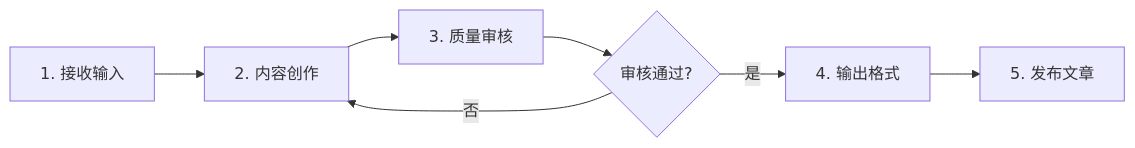
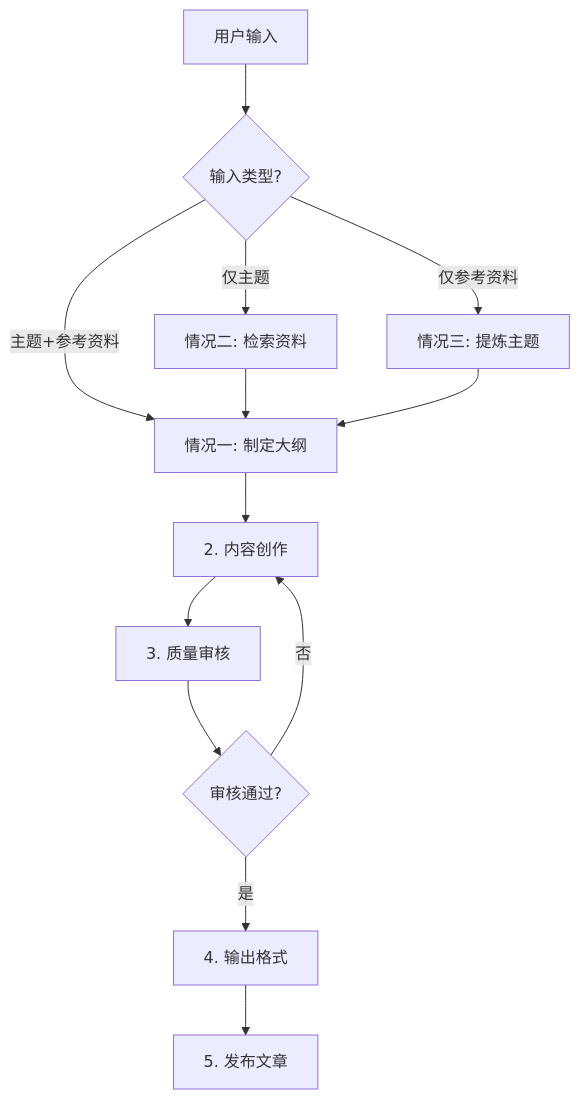
Before and after one commit to CaiJichang212/wechat-blog-write-publish: the diagram in SKILL.md, drawn with Mermaid. The commit also changed other lines of this file, not shown here.

````diff
--- a/SKILL.md
+++ b/SKILL.md
@@ -12,9 +12,18 @@
 ```mermaid
-graph LR
-    A[1. 接收输入] --> B[2. 内容创作]
-    B --> C[3. 质量审核]
-    C --> D{审核通过?}
-    D -->|否| B
-    D -->|是| E[4. 输出格式]
-    E --> F[5. 发布文章]
+graph TB
+    Start[用户输入] --> InputType{输入类型?}
+    
+    InputType -->|主题+参考资料| Case1[情况一: 制定大纲]
+    InputType -->|仅主题| Case2[情况二: 检索资料]
+    InputType -->|仅参考资料| Case3[情况三: 提炼主题]
+    
+    Case2 --> Case1
+    Case3 --> Case1
+    
+    Case1 --> Create[2. 内容创作]
+    Create --> Review[3. 质量审核]
+    Review --> Pass{审核通过?}
+    Pass -->|否| Create
+    Pass -->|是| Output[4. 输出格式]
+    Output --> Publish[5. 发布文章]
 ```
````
